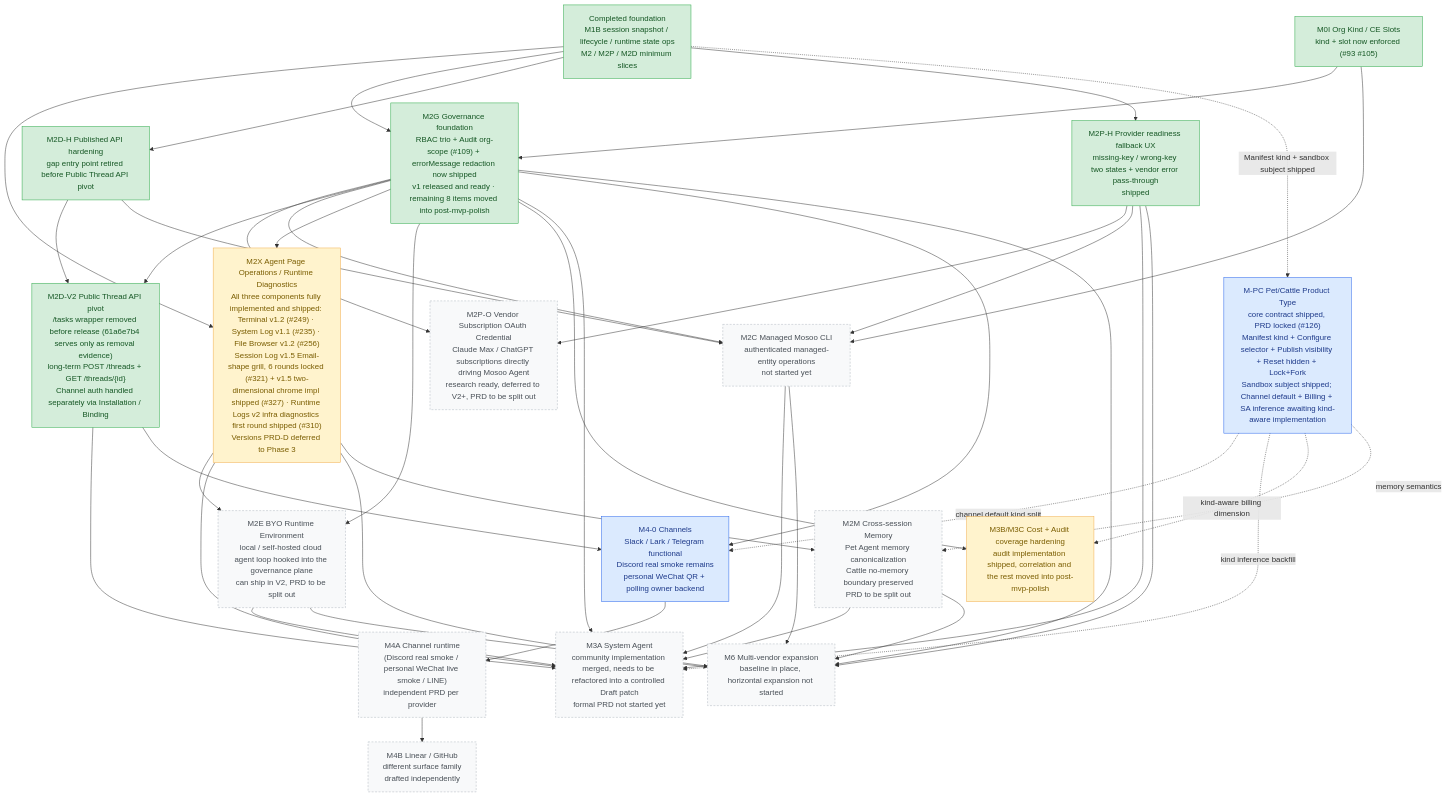
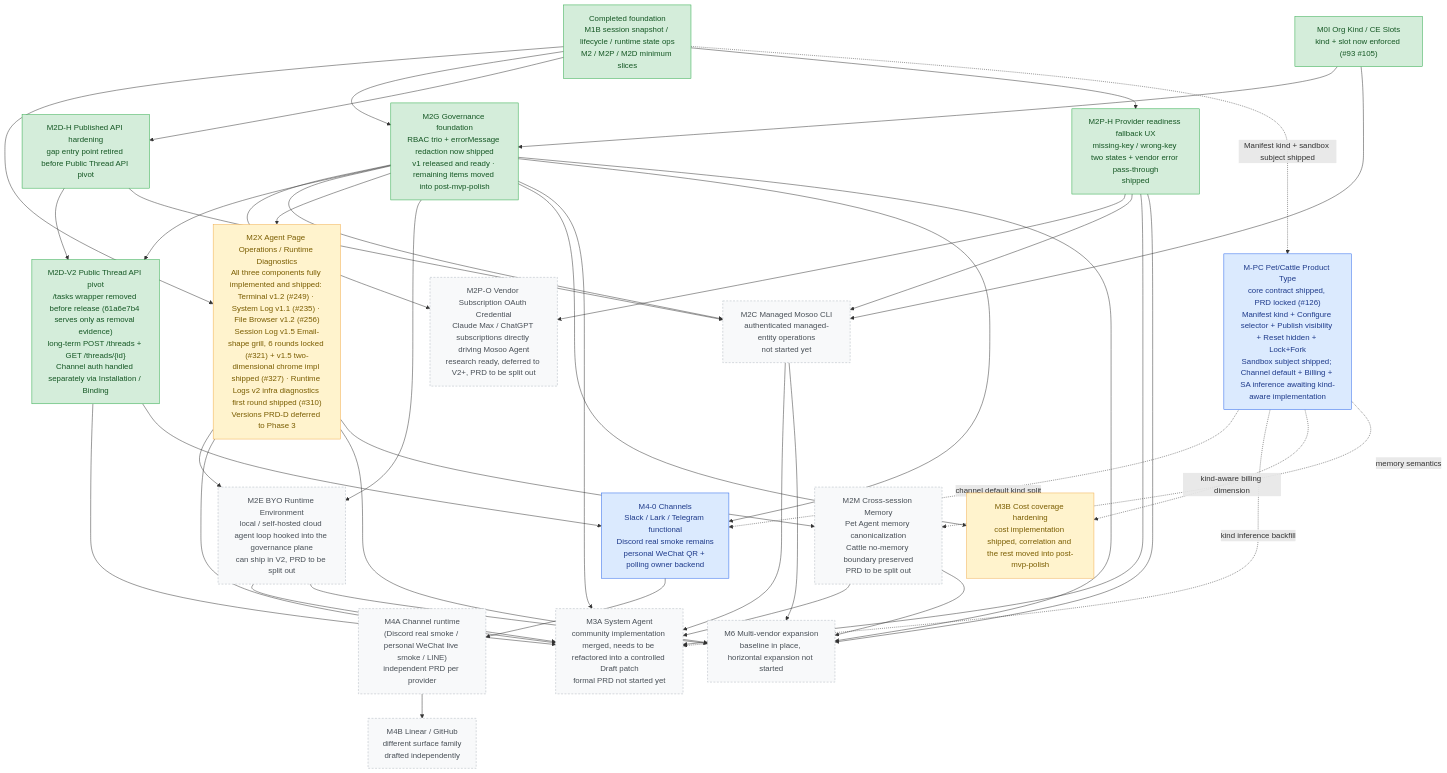
One commit to langgenius/mosoo changed the diagram in docs/README.zh-Hans.md. Above: the diagram before and after it, drawn with Mermaid. The commit also changed other lines of this file and 167 other files, not shown here.

````diff
--- a/docs/README.zh-Hans.md
+++ b/docs/README.zh-Hans.md
@@ -49,63 +49,63 @@
 ```mermaid
 flowchart TD
   classDef done fill:#d4edda,stroke:#28a745,color:#155724
   classDef inflight fill:#fff3cd,stroke:#f0ad4e,color:#7a5d00
   classDef locked fill:#dbeafe,stroke:#2563eb,color:#1e3a8a
   classDef todo fill:#f8f9fa,stroke:#adb5bd,color:#495057,stroke-dasharray:4 3
 
   Base["Completed foundation<br/>M1B session snapshot / lifecycle / runtime state ops<br/>M2 / M2P / M2D minimum slices"]:::done
   OrgKind["M0I Org Kind / CE Slots<br/>kind + slot now enforced (#93 #105)"]:::done
 
   Base --> Diagnostics["M2X Agent Page Operations / Runtime Diagnostics<br/>All three components fully implemented and shipped: Terminal v1.2 (#249) · System Log v1.1 (#235) · File Browser v1.2 (#256)<br/>Session Log v1.5 Email-shape grill, 6 rounds locked (#321) + v1.5 two-dimensional chrome impl shipped (#327) · Runtime Logs v2 infra diagnostics first round shipped (#310)<br/>Versions PRD-D deferred to Phase 3"]:::inflight
-  Base --> Gov["M2G Governance foundation<br/>RBAC trio + Audit org-scope (#109) + errorMessage redaction now shipped<br/>v1 released and ready · remaining 8 items moved into post-mvp-polish"]:::done
+  Base --> Gov["M2G Governance foundation<br/>RBAC trio + errorMessage redaction now shipped<br/>v1 released and ready · remaining items moved into post-mvp-polish"]:::done
   Base --> Api["M2D-H Published API hardening<br/>gap entry point retired before Public Thread API pivot"]:::done
   Api --> ThreadApi["M2D-V2 Public Thread API pivot<br/>/tasks wrapper removed before release (61a6e7b4 serves only as removal evidence)<br/>long-term POST /threads + GET /threads/{id}<br/>Channel auth handled separately via Installation / Binding"]:::done
   Base --> Provider["M2P-H Provider readiness fallback UX<br/>missing-key / wrong-key two states + vendor error pass-through<br/>shipped"]:::done
   Provider --> SubOAuth["M2P-O Vendor Subscription OAuth Credential<br/>Claude Max / ChatGPT subscriptions directly driving Mosoo Agent<br/>research ready, deferred to V2+, PRD to be split out"]:::todo
   Gov --> SubOAuth
 
   OrgKind --> Gov
   OrgKind --> Cli
 
   Gov --> ThreadApi
 
   Api --> Cli["M2C Managed Mosoo CLI<br/>authenticated managed-entity operations<br/>not started yet"]:::todo
   Gov --> Cli
   Provider --> Cli
 
   Gov --> Diagnostics
   Diagnostics --> ByoEnv["M2E BYO Runtime Environment<br/>local / self-hosted cloud agent loop hooked into the governance plane<br/>can ship in V2, PRD to be split out"]:::todo
   Gov --> ByoEnv
 
-  Gov --> CostAudit["M3B/M3C Cost + Audit coverage hardening<br/>audit implementation shipped, correlation and the rest moved into post-mvp-polish"]:::inflight
+  Gov --> Cost["M3B Cost coverage hardening<br/>cost implementation shipped, correlation and the rest moved into post-mvp-polish"]:::inflight
 
   Gov --> Sys["M3A System Agent<br/>community implementation merged, needs to be refactored into a controlled Draft patch<br/>formal PRD not started yet"]:::todo
   Provider --> Sys
   Diagnostics --> Sys
   Cli --> Sys
   ThreadApi --> Sys
   ByoEnv --> Sys
 
   ThreadApi --> Channel["M4-0 Channels<br/>Slack / Lark / Telegram functional<br/>Discord real smoke remains<br/>personal WeChat QR + polling owner backend"]:::locked
   Gov --> Channel
   Channel --> Im["M4A Channel runtime<br/>(Discord real smoke / personal WeChat live smoke / LINE)<br/>independent PRD per provider"]:::todo
   Im --> Work["M4B Linear / GitHub<br/>different surface family<br/>drafted independently"]:::todo
 
   Diagnostics --> Vendors["M6 Multi-vendor expansion<br/>baseline in place, horizontal expansion not started"]:::todo
   Provider --> Vendors
   Gov --> Vendors
   Cli --> Vendors
   ByoEnv --> Vendors
 
   %% --- Pet/Cattle orthogonal fork (2026-05-09 decision · 2026-05-10 PRD locked, cross-node increment) ---
   PC["M-PC Pet/Cattle Product Type<br/>core contract shipped, PRD locked (#126)<br/>Manifest kind + Configure selector + Publish visibility + Reset hidden + Lock+Fork<br/>Sandbox subject shipped; Channel default + Billing + SA inference awaiting kind-aware implementation"]:::locked
   Memory["M2M Cross-session Memory<br/>Pet Agent memory canonicalization<br/>Cattle no-memory boundary preserved<br/>PRD to be split out"]:::todo
   Base -.Manifest kind + sandbox subject shipped.-> PC
   PC -.channel default kind split.-> Channel
   PC -.kind inference backfill.-> Sys
-  PC -.kind-aware billing dimension.-> CostAudit
+  PC -.kind-aware billing dimension.-> Cost
   PC -.memory semantics.-> Memory
   Diagnostics --> Memory
   Memory --> Sys
   Memory --> Vendors
 ```
````
